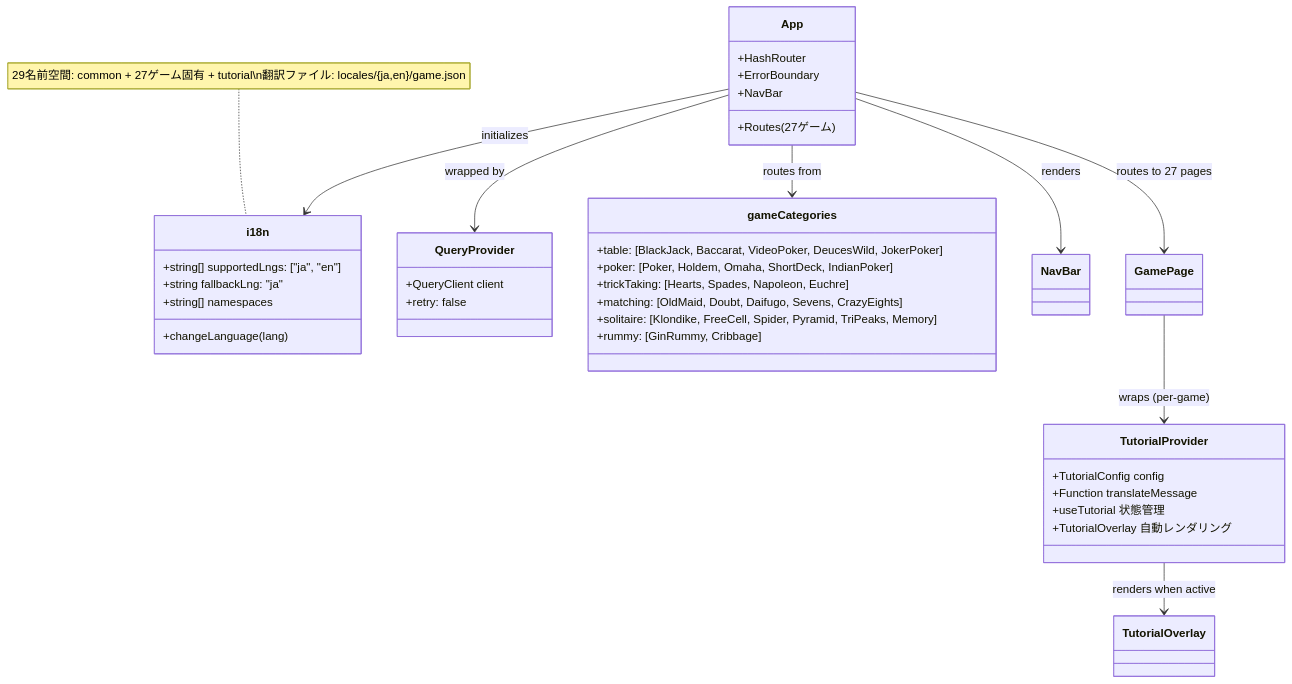
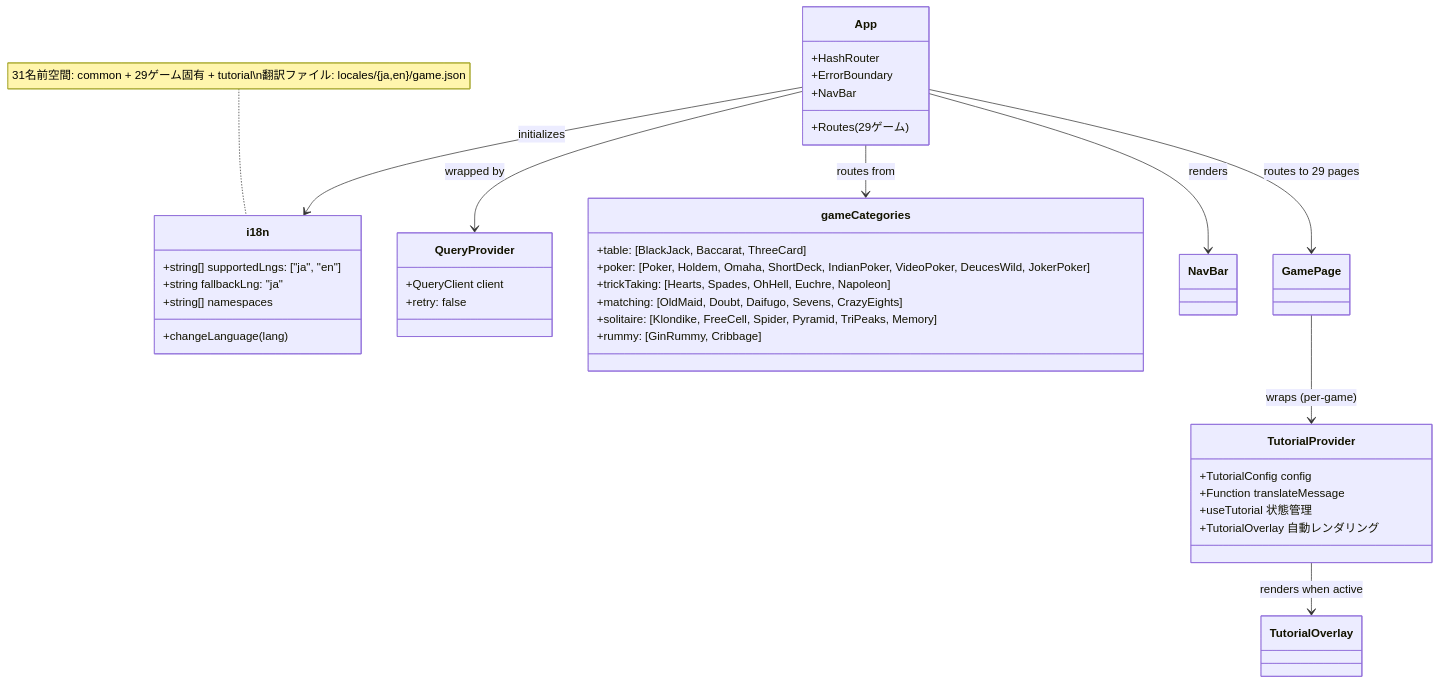
Before and after one commit to yuta-yoshinaga/go_trumpcards: the eighth of 20 diagrams in docs/design/frontend.md, drawn with Mermaid. The commit also changed other lines of this file and 3 other files, not shown here.

First line of the commit message:
docs: fix documentation drift after ThreeCard and OhHell additions

````diff
--- a/docs/design/frontend.md
+++ b/docs/design/frontend.md
@@ -939,47 +987,47 @@
 ```mermaid
 classDiagram
     class i18n {
         +string[] supportedLngs: ["ja", "en"]
         +string fallbackLng: "ja"
         +string[] namespaces
         +changeLanguage(lang)
     }
 
     class QueryProvider {
         +QueryClient client
         +retry: false
     }
 
     class App {
         +HashRouter
         +ErrorBoundary
         +NavBar
-        +Routes (27ゲーム)
+        +Routes (29ゲーム)
     }
 
     class gameCategories {
-        +table: [BlackJack, Baccarat, VideoPoker, DeucesWild, JokerPoker]
-        +poker: [Poker, Holdem, Omaha, ShortDeck, IndianPoker]
-        +trickTaking: [Hearts, Spades, Napoleon, Euchre]
+        +table: [BlackJack, Baccarat, ThreeCard]
+        +poker: [Poker, Holdem, Omaha, ShortDeck, IndianPoker, VideoPoker, DeucesWild, JokerPoker]
+        +trickTaking: [Hearts, Spades, OhHell, Euchre, Napoleon]
         +matching: [OldMaid, Doubt, Daifugo, Sevens, CrazyEights]
         +solitaire: [Klondike, FreeCell, Spider, Pyramid, TriPeaks, Memory]
         +rummy: [GinRummy, Cribbage]
     }
 
     class TutorialProvider {
         +TutorialConfig config
         +Function translateMessage
         +useTutorial 状態管理
         +TutorialOverlay 自動レンダリング
     }
 
     App --> QueryProvider : wrapped by
     App --> i18n : initializes
     App --> gameCategories : routes from
     App --> NavBar : renders
-    App --> GamePage : routes to 27 pages
+    App --> GamePage : routes to 29 pages
     GamePage --> TutorialProvider : wraps (per-game)
     TutorialProvider --> TutorialOverlay : renders when active
 
-    note for i18n "29名前空間: common + 27ゲーム固有 + tutorial\n翻訳ファイル: locales/{ja,en}/game.json"
+    note for i18n "31名前空間: common + 29ゲーム固有 + tutorial\n翻訳ファイル: locales/{ja,en}/game.json"
 ```
````
